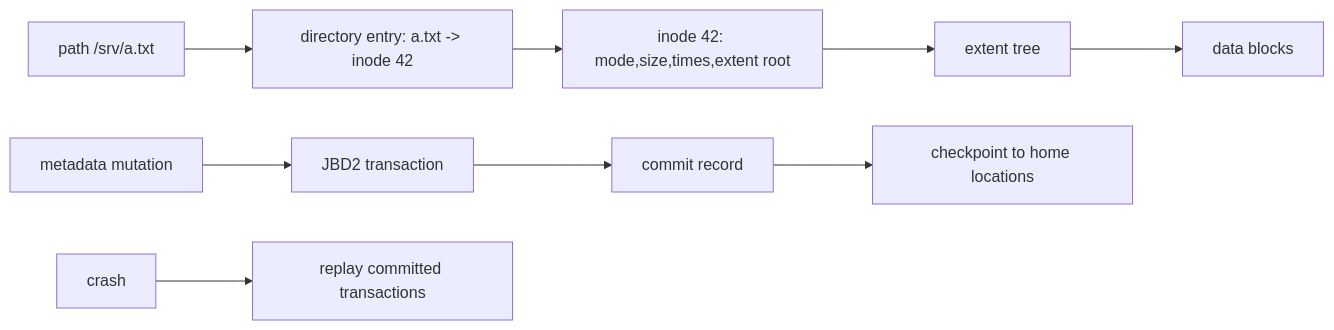
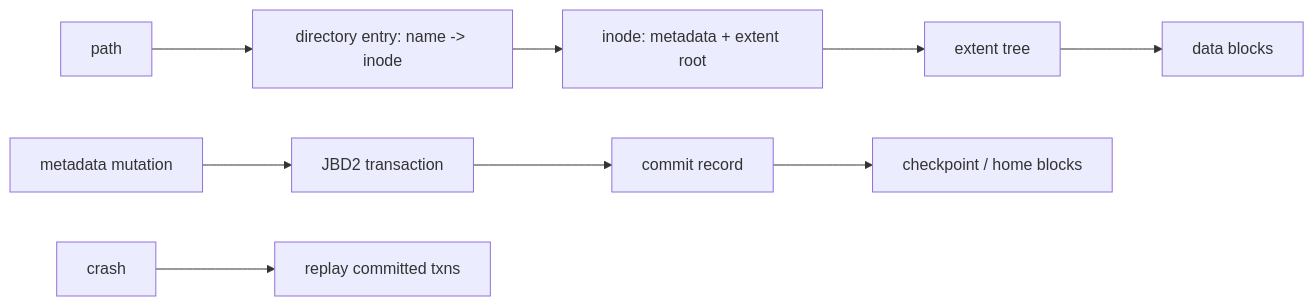
One commit to cebrailbagatarhan/software-engineering-interview-roadmap changed the first of 2 diagrams in daily/2026-09-21/07-00.md. Above: the diagram before and after it, drawn with Mermaid. The commit also changed other lines of this file, not shown here.

````diff
--- a/daily/2026-09-21/07-00.md
+++ b/daily/2026-09-21/07-00.md
@@ -13,11 +13,11 @@
 ```mermaid
 flowchart LR
-  P[path /srv/a.txt] --> D[directory entry: a.txt -> inode 42]
-  D --> I[inode 42: mode,size,times,extent root]
+  P[path] --> D[directory entry: name -> inode]
+  D --> I[inode: metadata + extent root]
   I --> E[extent tree]
   E --> B[data blocks]
   M[metadata mutation] --> J[JBD2 transaction]
   J --> C[commit record]
-  C --> CP[checkpoint to home locations]
-  X[crash] --> R[replay committed transactions]
+  C --> CP[checkpoint / home blocks]
+  X[crash] --> R[replay committed txns]
 ```
````
